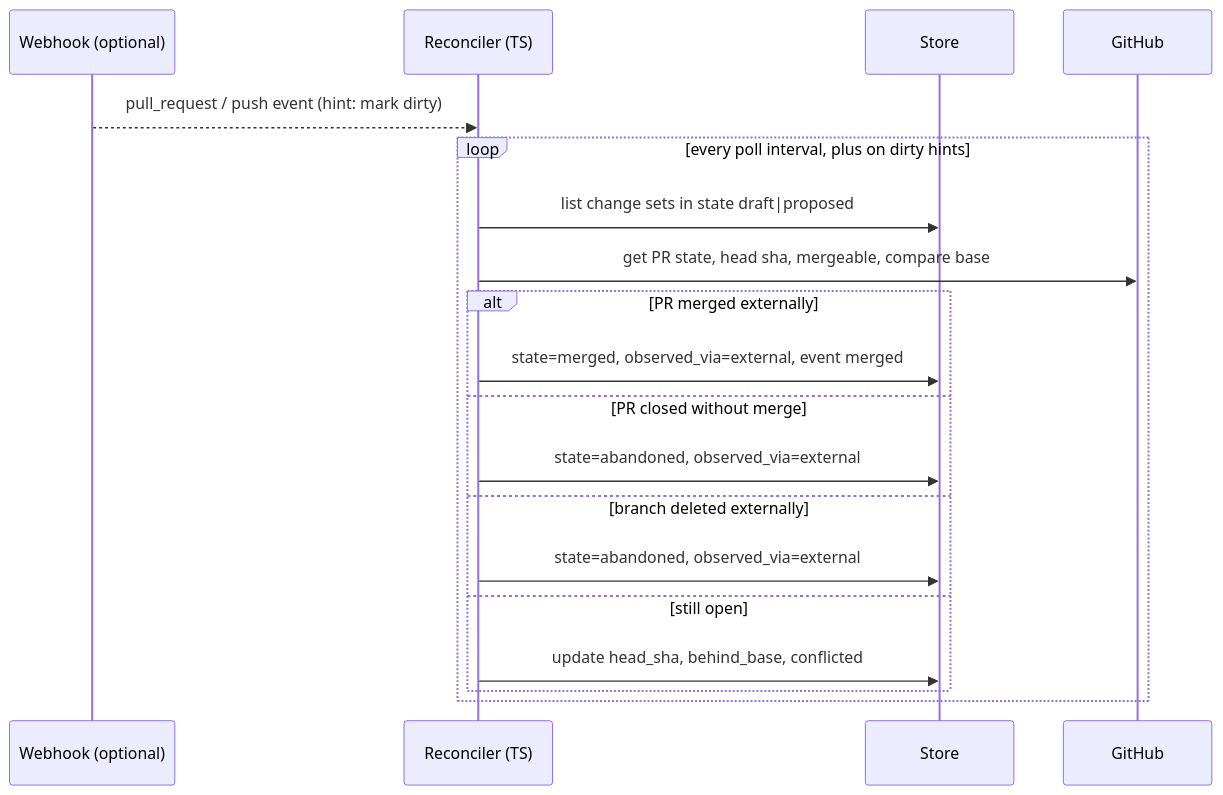
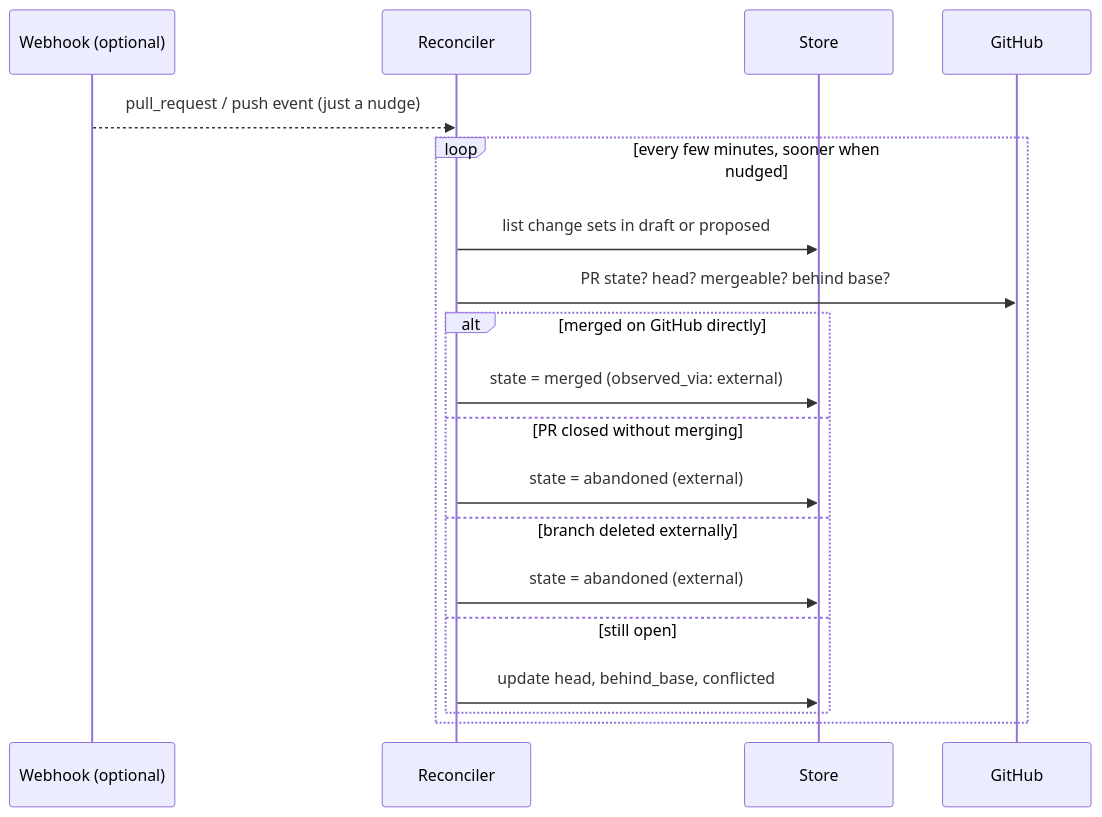
One commit to manasgarg/rototo changed the fifth of 5 diagrams in design/console-git-ops.md. Above: the diagram before and after it, drawn with Mermaid. The commit also changed other lines of this file, not shown here.

Commit message:
Rewrite git-ops spec in plain conversational voice

````diff
--- a/design/console-git-ops.md
+++ b/design/console-git-ops.md
@@ -321,22 +319,22 @@
 ```mermaid
 sequenceDiagram
     participant WH as Webhook (optional)
-    participant RE as Reconciler (TS)
+    participant RE as Reconciler
     participant ST as Store
     participant GH as GitHub
 
-    WH-->>RE: pull_request / push event (hint: mark dirty)
-    loop every poll interval, plus on dirty hints
-        RE->>ST: list change sets in state draft|proposed
-        RE->>GH: get PR state, head sha, mergeable, compare base
-        alt PR merged externally
-            RE->>ST: state=merged, observed_via=external, event merged
-        else PR closed without merge
-            RE->>ST: state=abandoned, observed_via=external
+    WH-->>RE: pull_request / push event (just a nudge)
+    loop every few minutes, sooner when nudged
+        RE->>ST: list change sets in draft or proposed
+        RE->>GH: PR state? head? mergeable? behind base?
+        alt merged on GitHub directly
+            RE->>ST: state = merged (observed_via: external)
+        else PR closed without merging
+            RE->>ST: state = abandoned (external)
         else branch deleted externally
-            RE->>ST: state=abandoned, observed_via=external
+            RE->>ST: state = abandoned (external)
         else still open
-            RE->>ST: update head_sha, behind_base, conflicted
+            RE->>ST: update head, behind_base, conflicted
         end
     end
 ```
````
